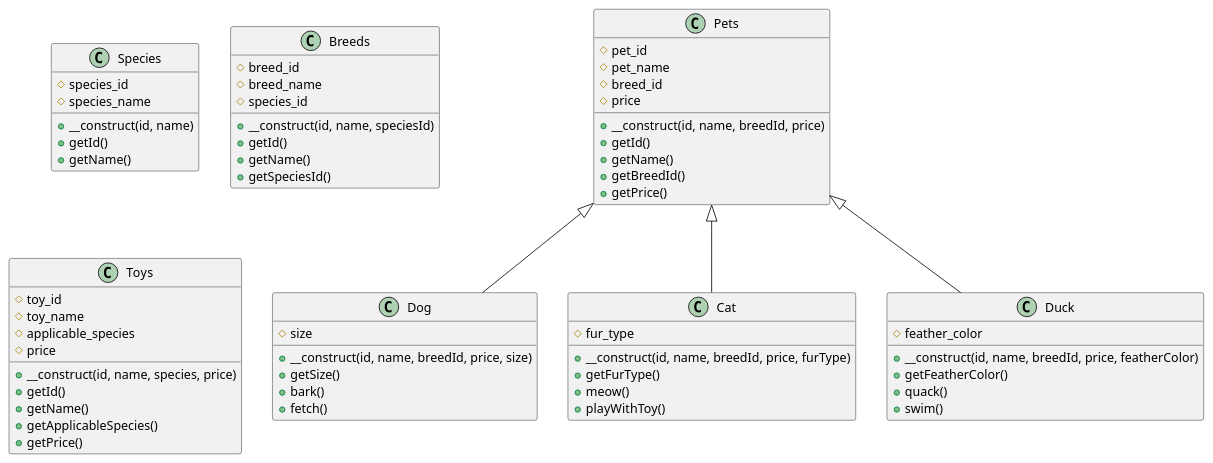
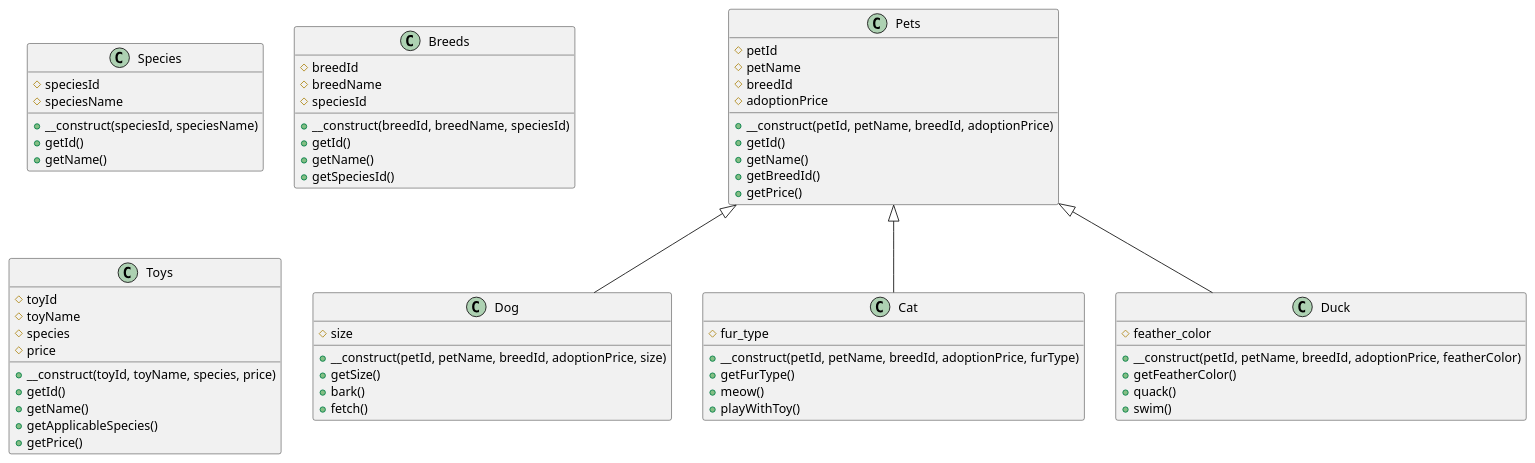
One commit to monstermaash/block3-adv-web changed the diagram in project-1/schema.puml. Above: the diagram before and after it, drawn with PlantUML.

```diff
--- a/project-1/schema.puml
+++ b/project-1/schema.puml
@@ -1,69 +1,69 @@
 @startuml
 
 class Species {
-  # species_id
-  # species_name
-  + __construct(id, name)
+  # speciesId
+  # speciesName
+  + __construct(speciesId, speciesName)
   + getId()
   + getName()
 }
 
 class Breeds {
-  # breed_id
-  # breed_name
-  # species_id
-  + __construct(id, name, speciesId)
+  # breedId
+  # breedName
+  # speciesId
+  + __construct(breedId, breedName, speciesId)
   + getId()
   + getName()
   + getSpeciesId()
 }
 
 class Pets {
-  # pet_id
-  # pet_name
-  # breed_id
-  # price
-  + __construct(id, name, breedId, price)
+  # petId
+  # petName
+  # breedId
+  # adoptionPrice
+  + __construct(petId, petName, breedId, adoptionPrice)
   + getId()
   + getName()
   + getBreedId()
   + getPrice()
 }
 
 class Dog extends Pets {
   # size
-  + __construct(id, name, breedId, price, size)
+  + __construct(petId, petName, breedId, adoptionPrice, size)
   + getSize()
   + bark()
   + fetch()
 }
 
 class Cat extends Pets {
   # fur_type
-  + __construct(id, name, breedId, price, furType)
+  + __construct(petId, petName, breedId, adoptionPrice, furType)
   + getFurType()
   + meow()
   + playWithToy()
 }
 
 class Duck extends Pets {
   # feather_color
-  + __construct(id, name, breedId, price, featherColor)
+  + __construct(petId, petName, breedId, adoptionPrice, featherColor)
   + getFeatherColor()
   + quack()
   + swim()
 }
 
 class Toys {
-  # toy_id
-  # toy_name
-  # applicable_species
+  # toyId
+  # toyName
+  # species
   # price
-  + __construct(id, name, species, price)
+  + __construct(toyId, toyName, species, price)
   + getId()
   + getName()
   + getApplicableSpecies()
   + getPrice()
 }
 
 @enduml
```
